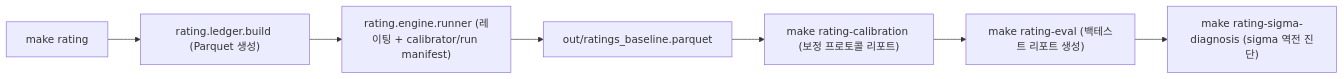
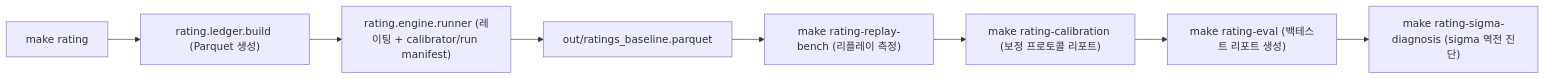
The fifth of 6 diagrams in docs/pipeline_runbook.md (es-kimo/splits), drawn with Mermaid before and after one commit. The commit also changed other lines of this file and 12 other files, not shown here.

````diff
--- a/docs/pipeline_runbook.md
+++ b/docs/pipeline_runbook.md
@@ -181,9 +181,10 @@
 ```mermaid
 flowchart LR
     A["make rating"] --> B["rating.ledger.build (Parquet 생성)"]
     B --> C["rating.engine.runner (레이팅 + calibrator/run manifest)"]
     C --> D["out/ratings_baseline.parquet"]
-    D --> E["make rating-calibration (보정 프로토콜 리포트)"]
-    E --> F["make rating-eval (백테스트 리포트 생성)"]
-    F --> G["make rating-sigma-diagnosis (sigma 역전 진단)"]
+    D --> E["make rating-replay-bench (리플레이 측정)"]
+    E --> F["make rating-calibration (보정 프로토콜 리포트)"]
+    F --> G["make rating-eval (백테스트 리포트 생성)"]
+    G --> H["make rating-sigma-diagnosis (sigma 역전 진단)"]
 ```
````
